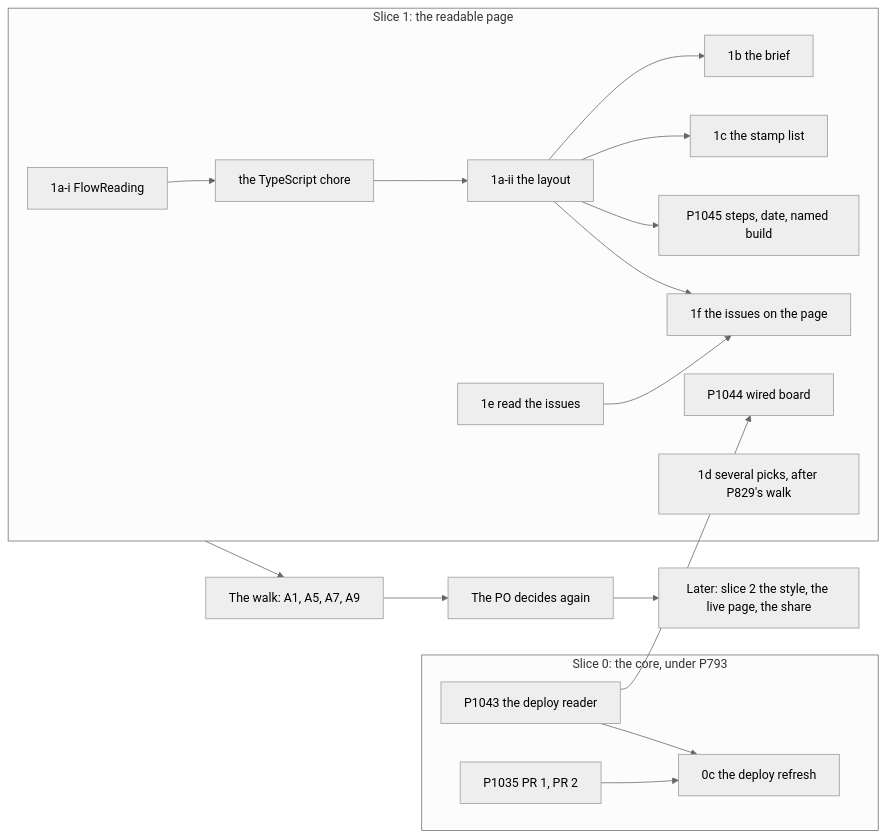
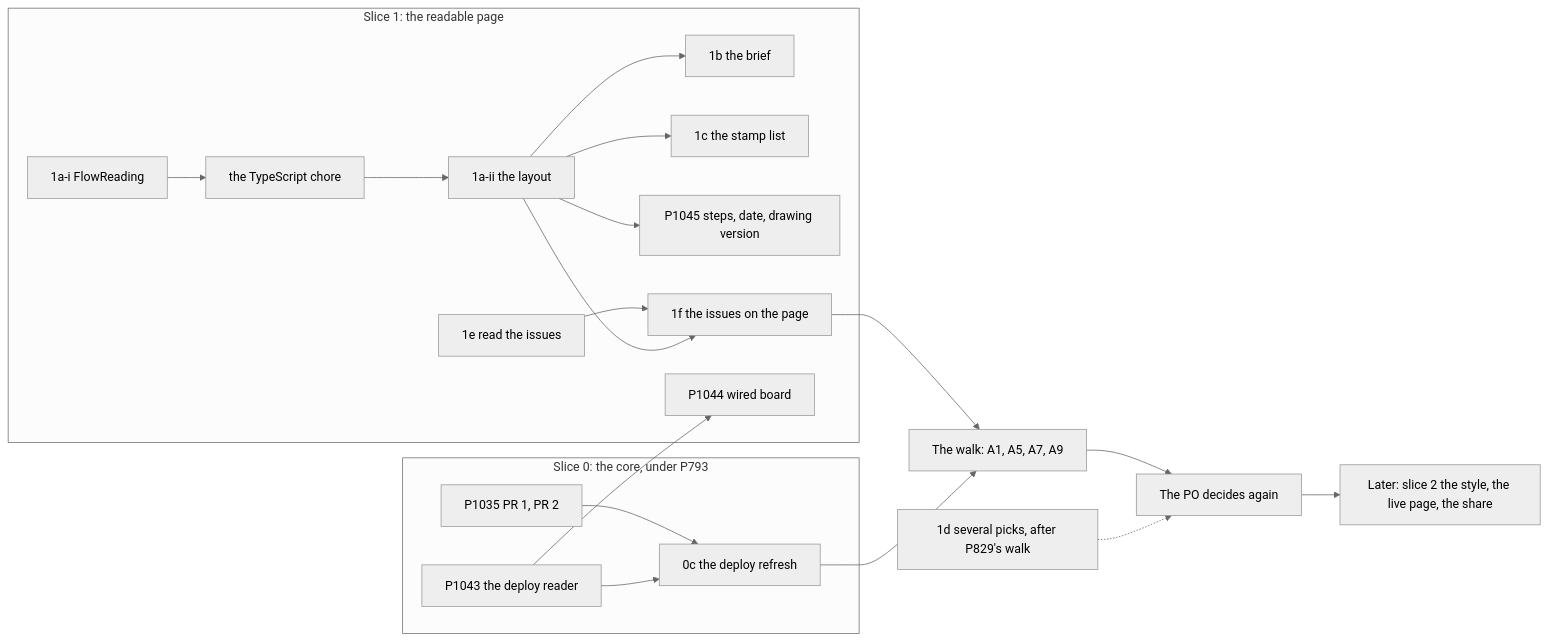
One commit to xmejkal/spark changed the fifth of 5 diagrams in docs/discovery/2026-11-23-p1038-page-design/design.md. Above: the diagram before and after it, drawn with Mermaid (neutral theme). The commit also changed other lines of this file, not shown here.

Commit message:
P1038 design: revised after round 2 (the refuter's eleven fixes and the accepted should-fixes)

````diff
--- a/docs/discovery/2026-11-23-p1038-page-design/design.md
+++ b/docs/discovery/2026-11-23-p1038-page-design/design.md
@@ -323,20 +397,22 @@
 ```mermaid
 flowchart LR
   subgraph s0["Slice 0: the core, under P793"]
     a["P1035 PR 1, PR 2"] --> z["0c the deploy refresh"]
     b["P1043 the deploy reader"] --> z
   end
   subgraph s1["Slice 1: the readable page"]
     c["1a-i FlowReading"] --> t["the TypeScript chore"] --> d["1a-ii the layout"]
     d --> e["1b the brief"]
     d --> f["1c the stamp list"]
-    d --> g["P1045 steps, date, named build"]
+    d --> g["P1045 steps, date, drawing version"]
     h["1e read the issues"] --> i["1f the issues on the page"]
     d --> i
     k["P1044 wired board"]
-    m["1d several picks, after P829's walk"]
   end
   b --> k
-  s1 --> w["The walk: A1, A5, A7, A9"] --> p["The PO decides again"]
+  i --> w["The walk: A1, A5, A7, A9"]
+  z --> w
+  w --> p["The PO decides again"]
   p --> l["Later: slice 2 the style, the live page, the share"]
+  m["1d several picks, after P829's walk"] -.-> p
 ```
````
